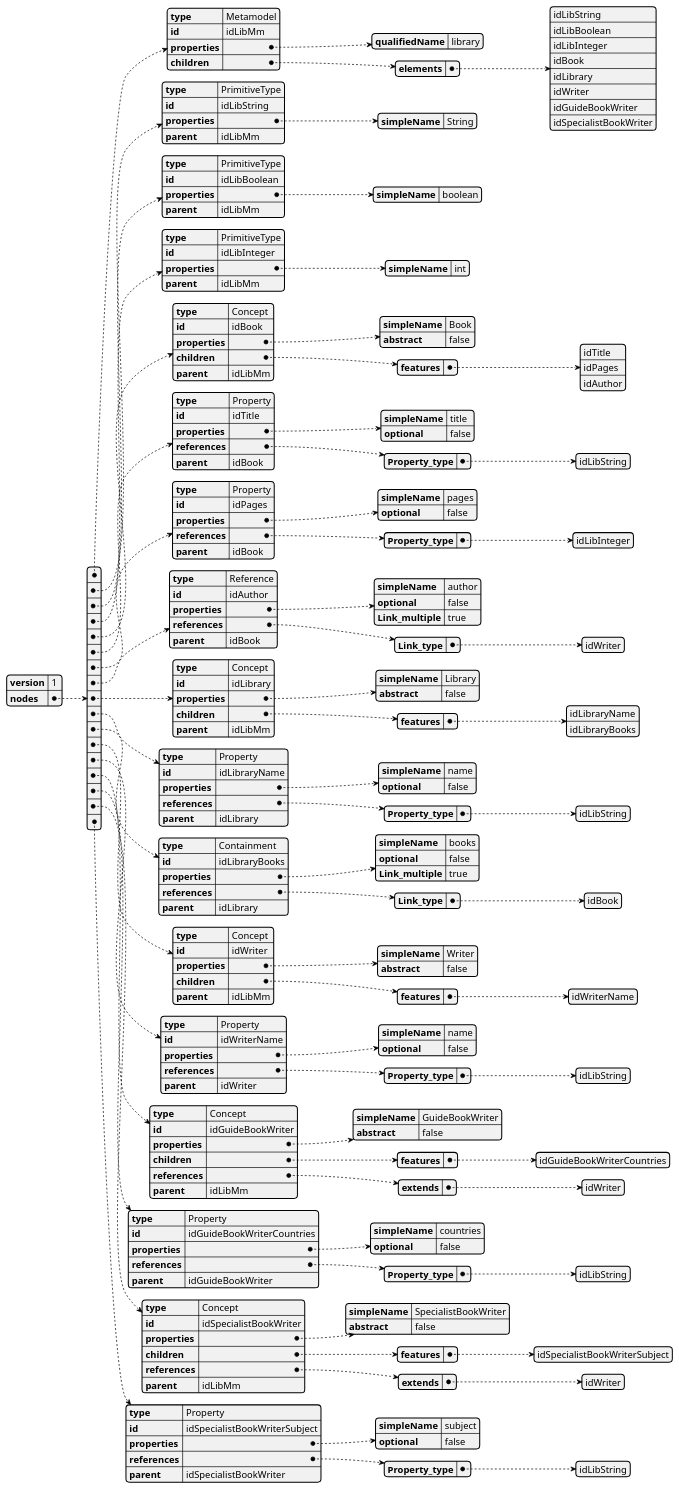
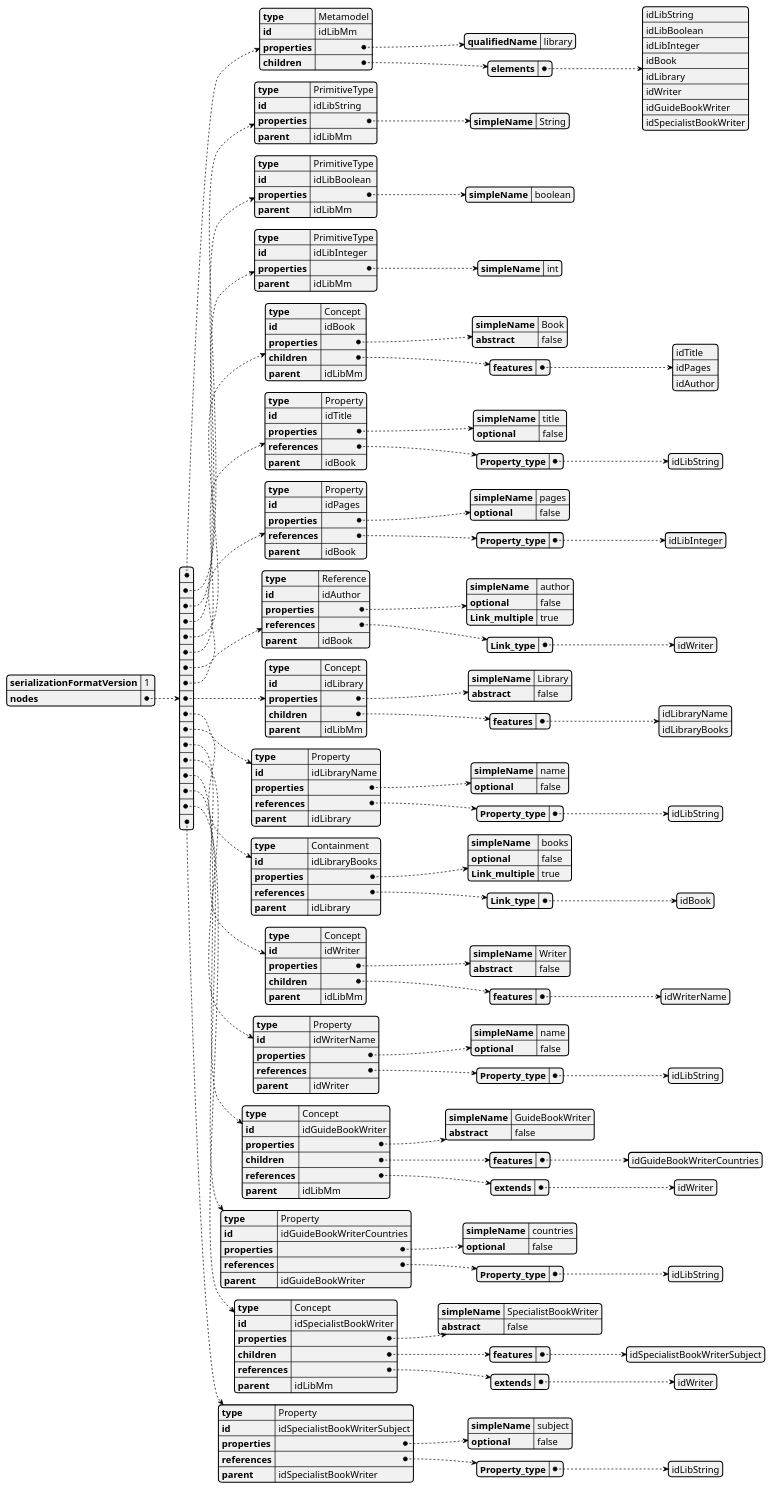
One commit to LionWeb-io/specification changed the diagram in lioncore/library-example/m2-a-json.puml. Above: the diagram before and after it, drawn with PlantUML. The commit also changed 4 other files, not shown here.

Commit message:
fixed json `serializationFormatVersion` field name

```diff
--- a/lioncore/library-example/m2-a-json.puml
+++ b/lioncore/library-example/m2-a-json.puml
@@ -1,6 +1,6 @@
 @startjson
 {
-    "version": "1",
+    "serializationFormatVersion": "1",
     "nodes": [
   {
     "type": "Metamodel",
```
